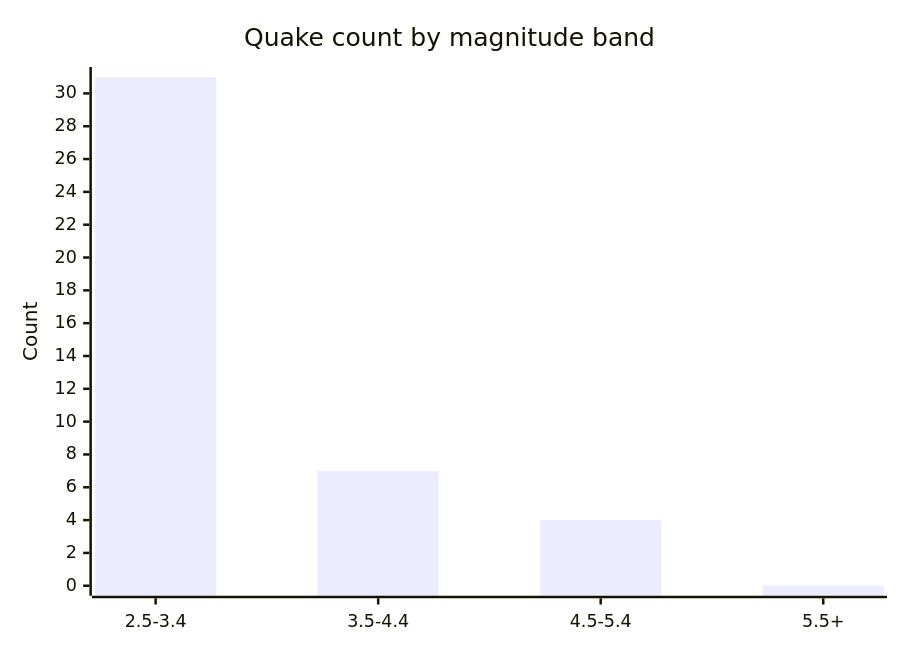
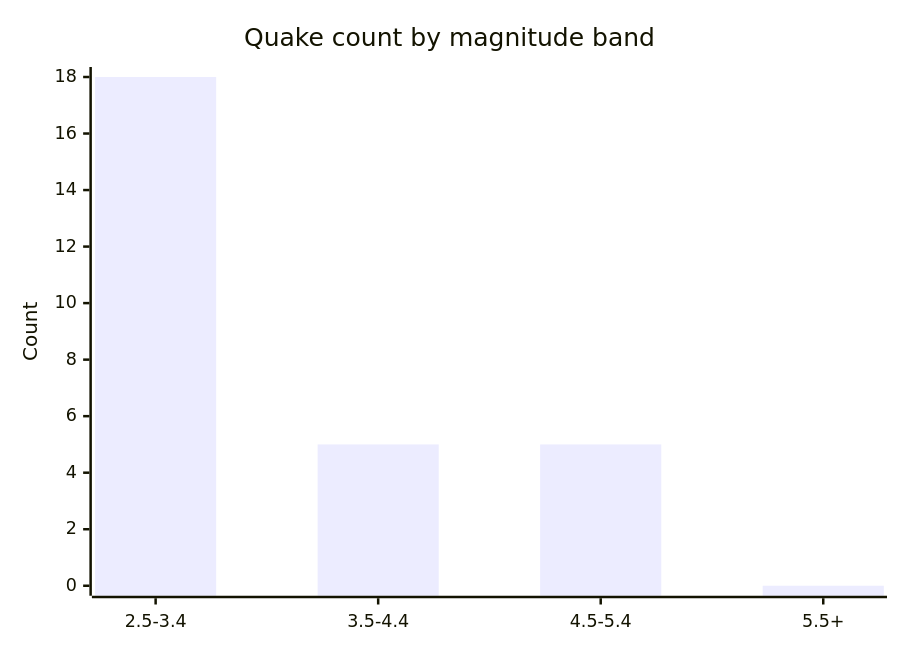
The fifth of 6 diagrams in docs/GRAPHS.md (Midwest-Stratospheric/aerostratospheric-defense-gir), drawn with Mermaid before and after one commit. The commit also changed other lines of this file and 25 other files, not shown here.

````diff
--- a/docs/GRAPHS.md
+++ b/docs/GRAPHS.md
@@ -82,7 +82,7 @@
 ```mermaid
 xychart-beta
   title "Quake count by magnitude band"
   x-axis ["2.5-3.4", "3.5-4.4", "4.5-5.4", "5.5+"]
-  y-axis "Count" 0 --> 31
-  bar [31, 7, 4, 0]
+  y-axis "Count" 0 --> 18
+  bar [18, 5, 5, 0]
 ```
````
